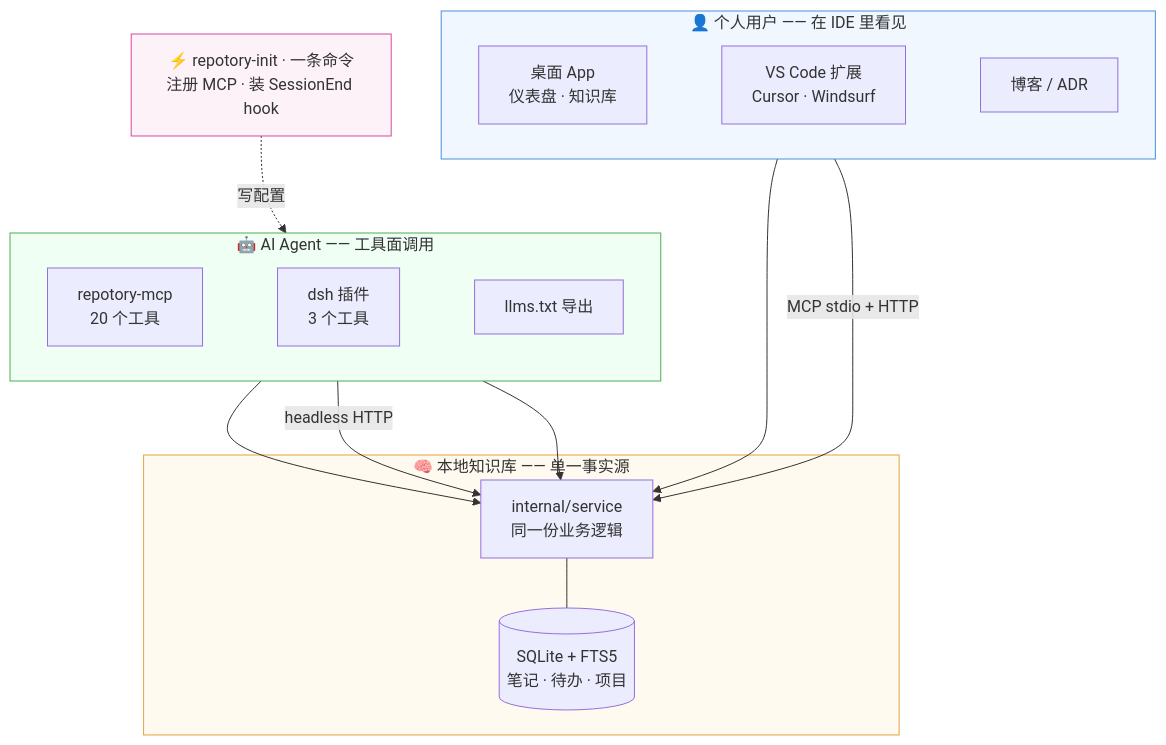
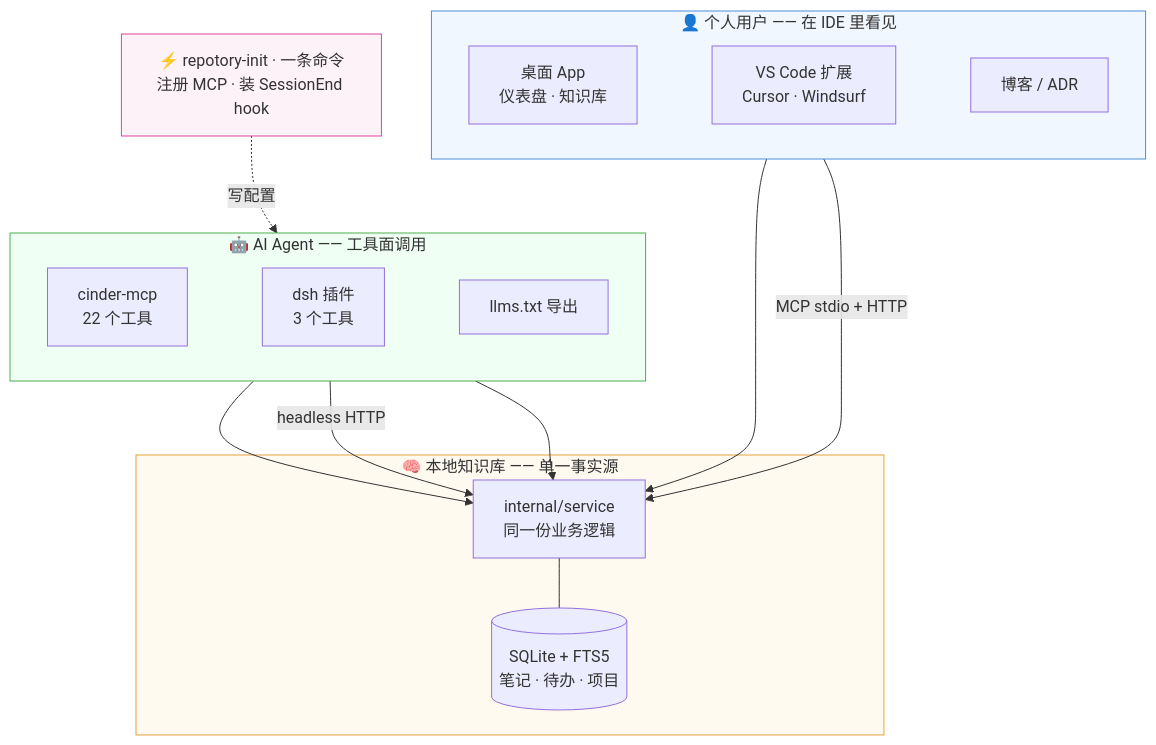
One commit to sky-jiangcheng/cinder changed the third of 3 diagrams in docs/index.md. Above: the diagram before and after it, drawn with Mermaid. The commit also changed other lines of this file and 118 other files, not shown here.

````diff
--- a/docs/index.md
+++ b/docs/index.md
@@ -75,37 +75,37 @@
 ```mermaid
 flowchart TB
     subgraph HUMAN["👤 个人用户 —— 在 IDE 里看见"]
         direction LR
         DESKTOP["桌面 App<br/>仪表盘 · 知识库"]
         VSCODE["VS Code 扩展<br/>Cursor · Windsurf"]
         BLOG["博客 / ADR"]
         DESKTOP ~~~ VSCODE ~~~ BLOG
     end
 
     subgraph AGENT["🤖 AI Agent —— 工具面调用"]
         direction LR
-        MCP["repotory-mcp<br/>20 个工具"]
+        MCP["cinder-mcp<br/>22 个工具"]
         DSH["dsh 插件<br/>3 个工具"]
         LLMSTXT["llms.txt 导出"]
         MCP ~~~ DSH ~~~ LLMSTXT
     end
 
     subgraph CORE["🧠 本地知识库 —— 单一事实源"]
         SERVICE["internal/service<br/>同一份业务逻辑"] --- DB[("SQLite + FTS5<br/>笔记 · 待办 · 项目")]
     end
 
     HUMAN ~~~ AGENT ~~~ CORE
     DESKTOP --> SERVICE
     VSCODE -->|"MCP stdio + HTTP"| SERVICE
     MCP --> SERVICE
     DSH -->|"headless HTTP"| SERVICE
     LLMSTXT --> SERVICE
 
     INIT["⚡ repotory-init · 一条命令<br/>注册 MCP · 装 SessionEnd hook"]
     INIT -.->|"写配置"| MCP
 
     style HUMAN fill:#f0f7ff,stroke:#4a90d9
     style AGENT fill:#f0fff4,stroke:#4caf50
     style CORE fill:#fffaf0,stroke:#e6a23c
     style INIT fill:#fdf2f8,stroke:#d946a0
 ```
````
